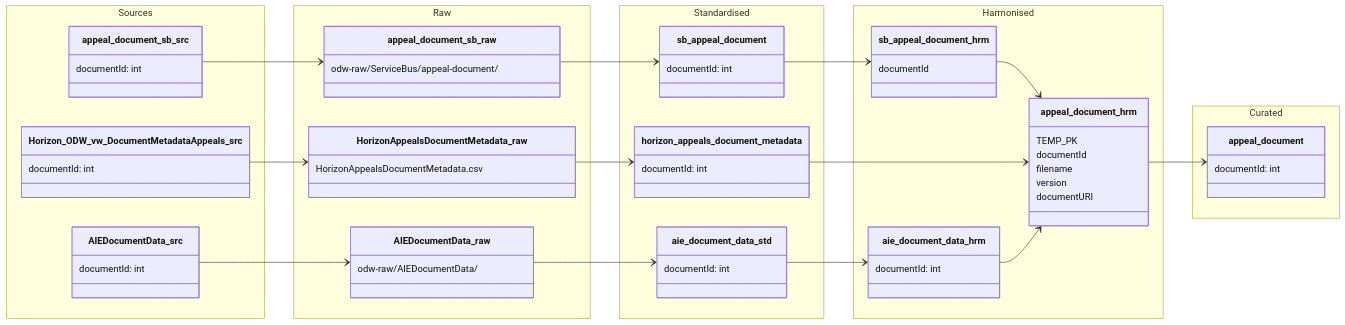
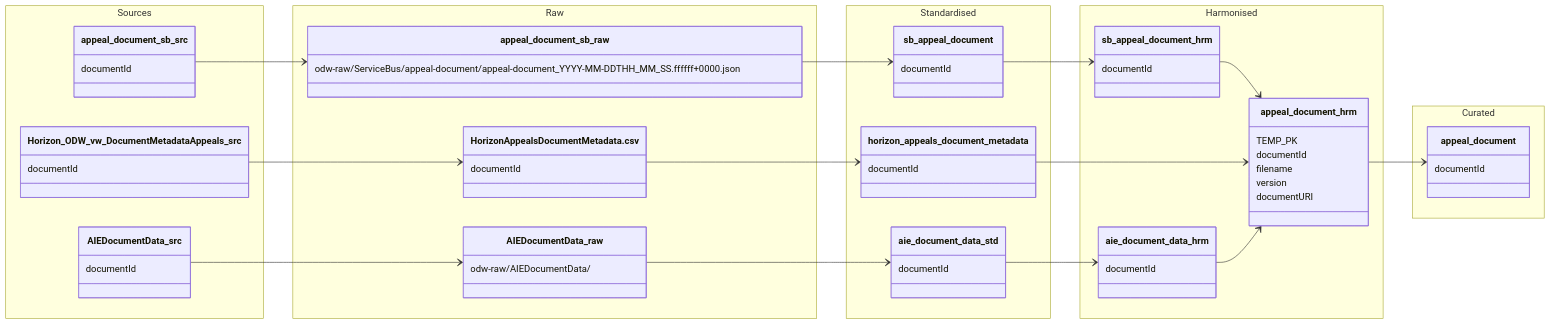
One commit to Planning-Inspectorate/odw-synapse-workspace changed the diagram in data-models/appeal-document.md. Above: the diagram before and after it, drawn with Mermaid.

```diff
--- a/data-models/appeal-document.md
+++ b/data-models/appeal-document.md
@@ -11,26 +11,26 @@
     namespace Sources {
 
         class appeal_document_sb_src {
-            documentId: int
+            documentId
         }
 
         class Horizon_ODW_vw_DocumentMetadataAppeals_src {
-            documentId: int
+            documentId
         }
 
         class AIEDocumentData_src {
-            documentId: int
+            documentId
         }
     }
 
     namespace Raw {
 
         class appeal_document_sb_raw {
-            odw-raw/ServiceBus/appeal-document/
+            odw-raw/ServiceBus/appeal-document/appeal-document_YYYY-MM-DDTHH_MM_SS.ffffff+0000.json
         }
 
-        class HorizonAppealsDocumentMetadata_raw {
-            HorizonAppealsDocumentMetadata.csv
+        class HorizonAppealsDocumentMetadata.csv {
+            documentId
         }
 
         class AIEDocumentData_raw {
@@ -41,15 +41,15 @@
     namespace Standardised {
 
         class sb_appeal_document {
-            documentId: int
+            documentId
         }
 
         class horizon_appeals_document_metadata {
-            documentId: int
+            documentId
         }
 
         class aie_document_data_std {
-            documentId: int
+            documentId
         }
     }
 
@@ -60,7 +60,7 @@
         }
 
         class aie_document_data_hrm {
-            documentId: int
+            documentId
         }
 
         class appeal_document_hrm {
@@ -77,7 +77,7 @@
     namespace Curated {
 
         class appeal_document {
-            documentId: int
+            documentId
         }
     }
 
@@ -85,9 +85,8 @@
     appeal_document_sb_raw --> sb_appeal_document
     sb_appeal_document --> sb_appeal_document_hrm
 
-    Horizon_ODW_vw_DocumentMetadataAppeals_src --> HorizonAppealsDocumentMetadata_raw
-    HorizonAppealsDocumentMetadata_raw --> horizon_appeals_document_metadata
-
+    Horizon_ODW_vw_DocumentMetadataAppeals_src --> HorizonAppealsDocumentMetadata.csv
+    HorizonAppealsDocumentMetadata.csv --> horizon_appeals_document_metadata
     AIEDocumentData_src --> AIEDocumentData_raw
     AIEDocumentData_raw --> aie_document_data_std
     aie_document_data_std --> aie_document_data_hrm
```
